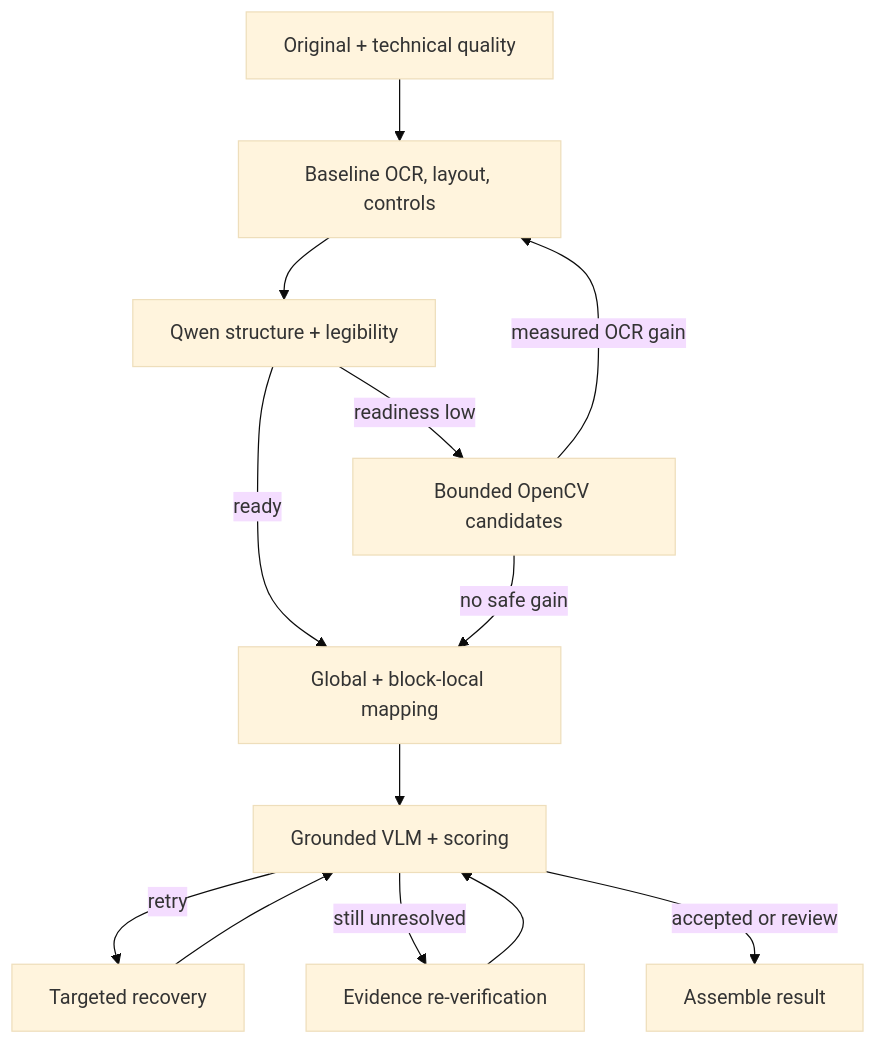
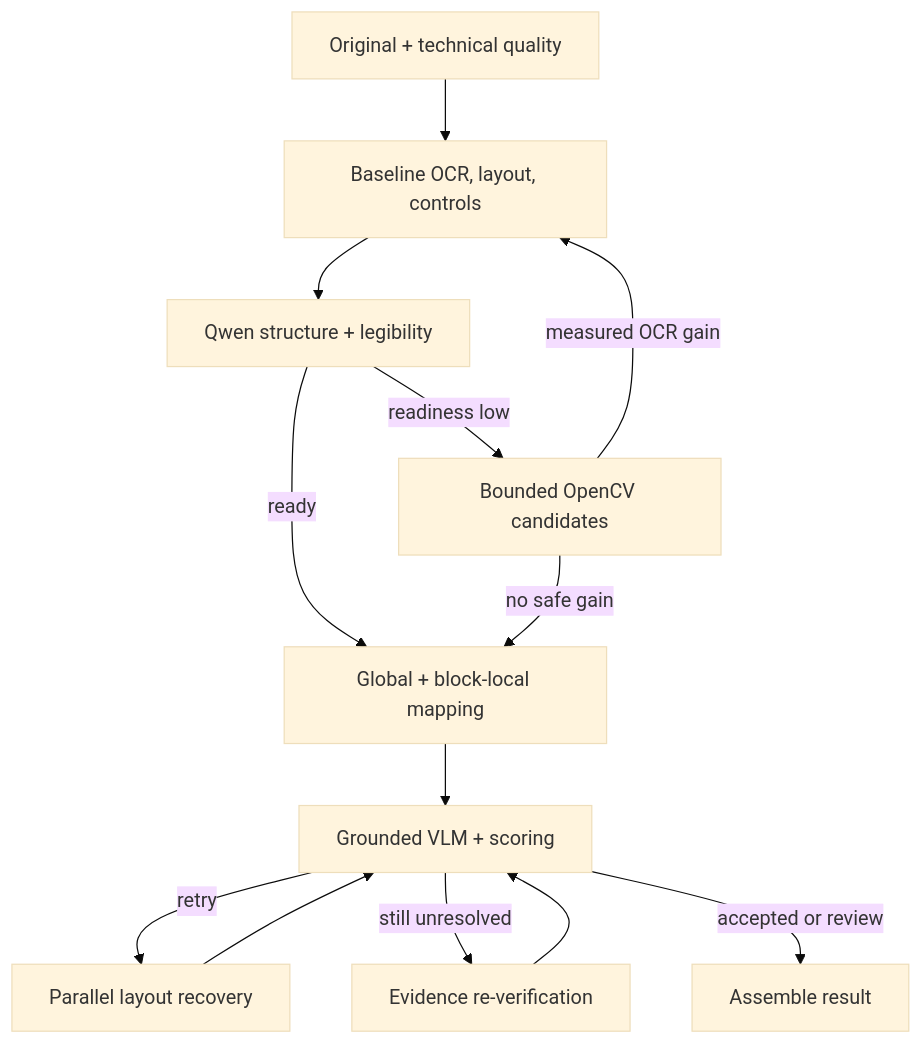
Before and after one commit to adityasingh1993/docuocr-agentic: the second of 2 diagrams in ARCHITECTURE.md, drawn with Mermaid (base theme). The commit also changed other lines of this file and 15 other files, not shown here.

Commit message:
Use layout-first field recovery and audit logs

````diff
--- a/ARCHITECTURE.md
+++ b/ARCHITECTURE.md
@@ -23,15 +23,15 @@
 ```mermaid
 flowchart TD
     A["Original + technical quality"] --> B["Baseline OCR, layout, controls"]
     B --> C["Qwen structure + legibility"]
     C -->|"readiness low"| D["Bounded OpenCV candidates"]
     D -->|"measured OCR gain"| B
     C -->|"ready"| E["Global + block-local mapping"]
     D -->|"no safe gain"| E
     E --> F["Grounded VLM + scoring"]
-    F -->|"retry"| G["Targeted recovery"]
+    F -->|"retry"| G["Parallel layout recovery"]
     G --> F
     F -->|"still unresolved"| H["Evidence re-verification"]
     H --> F
     F -->|"accepted or review"| I["Assemble result"]
 ```
````
